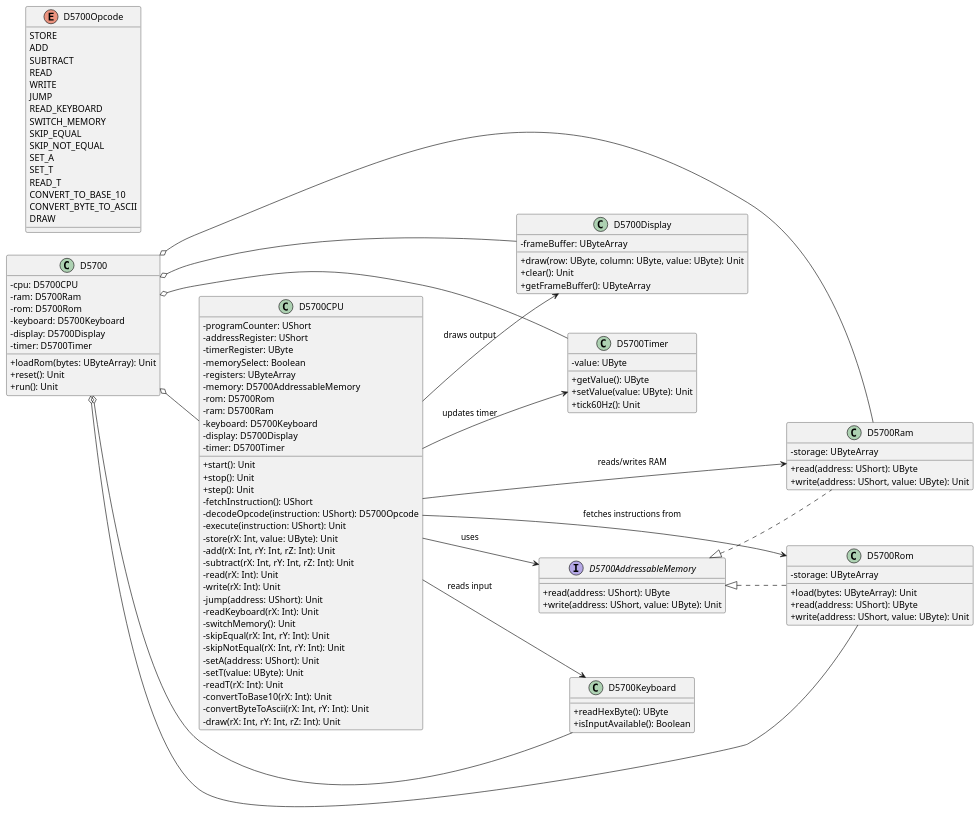
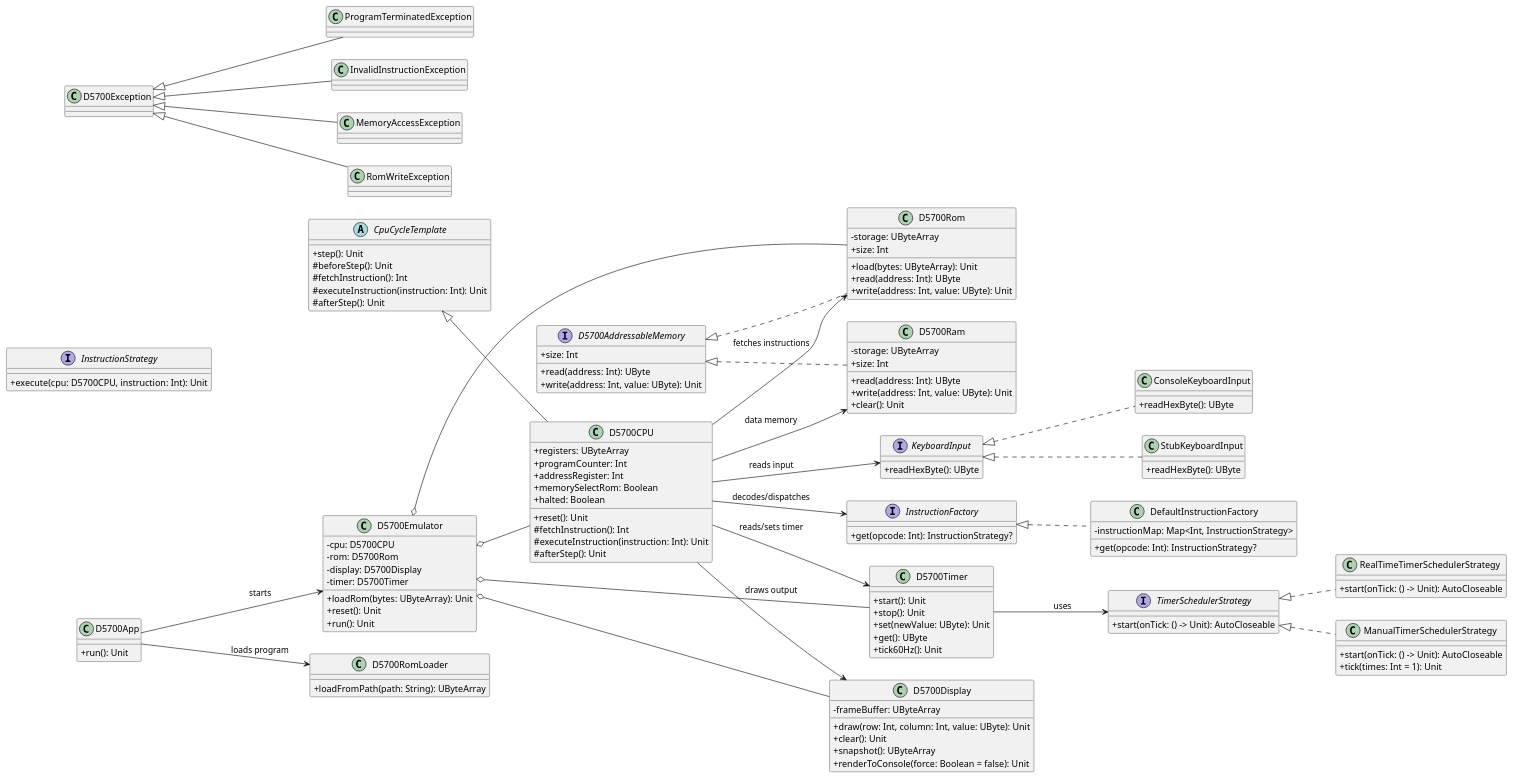
One commit to dmmecham/d5700-computer-emulator changed the diagram in d5700.puml. Above: the diagram before and after it, drawn with PlantUML. The commit also changed 14 other files, not shown here.

```diff
--- a/d5700.puml
+++ b/d5700.puml
@@ -1,125 +1,158 @@
 @startuml D5700-Computer-Emulator
 left to right direction
 skinparam classAttributeIconSize 0
 
-class D5700 {
+class D5700Emulator {
   -cpu: D5700CPU
-  -ram: D5700Ram
   -rom: D5700Rom
-  -keyboard: D5700Keyboard
   -display: D5700Display
   -timer: D5700Timer
   +loadRom(bytes: UByteArray): Unit
   +reset(): Unit
   +run(): Unit
 }
 
+class D5700App {
+  +run(): Unit
+}
+
+class D5700RomLoader {
+  +loadFromPath(path: String): UByteArray
+}
+
+abstract class CpuCycleTemplate {
+  +step(): Unit
+  #beforeStep(): Unit
+  #fetchInstruction(): Int
+  #executeInstruction(instruction: Int): Unit
+  #afterStep(): Unit
+}
+
+class D5700CPU {
+  +registers: UByteArray
+  +programCounter: Int
+  +addressRegister: Int
+  +memorySelectRom: Boolean
+  +halted: Boolean
+  +reset(): Unit
+  #fetchInstruction(): Int
+  #executeInstruction(instruction: Int): Unit
+  #afterStep(): Unit
+}
+
+interface InstructionFactory {
+  +get(opcode: Int): InstructionStrategy?
+}
+
+interface InstructionStrategy {
+  +execute(cpu: D5700CPU, instruction: Int): Unit
+}
+
+class DefaultInstructionFactory {
+  -instructionMap: Map<Int, InstructionStrategy>
+  +get(opcode: Int): InstructionStrategy?
+}
+
 interface D5700AddressableMemory {
-  +read(address: UShort): UByte
-  +write(address: UShort, value: UByte): Unit
+  +size: Int
+  +read(address: Int): UByte
+  +write(address: Int, value: UByte): Unit
 }
 
 class D5700Ram {
   -storage: UByteArray
-  +read(address: UShort): UByte
-  +write(address: UShort, value: UByte): Unit
+  +size: Int
+  +read(address: Int): UByte
+  +write(address: Int, value: UByte): Unit
+  +clear(): Unit
 }
 
 class D5700Rom {
   -storage: UByteArray
+  +size: Int
   +load(bytes: UByteArray): Unit
-  +read(address: UShort): UByte
-  +write(address: UShort, value: UByte): Unit
+  +read(address: Int): UByte
+  +write(address: Int, value: UByte): Unit
 }
 
-class D5700Keyboard {
+interface KeyboardInput {
   +readHexByte(): UByte
-  +isInputAvailable(): Boolean
+}
+
+class ConsoleKeyboardInput {
+  +readHexByte(): UByte
+}
+
+class StubKeyboardInput {
+  +readHexByte(): UByte
 }
 
 class D5700Display {
   -frameBuffer: UByteArray
-  +draw(row: UByte, column: UByte, value: UByte): Unit
+  +draw(row: Int, column: Int, value: UByte): Unit
   +clear(): Unit
-  +getFrameBuffer(): UByteArray
+  +snapshot(): UByteArray
+  +renderToConsole(force: Boolean = false): Unit
+}
+
+interface TimerSchedulerStrategy {
+  +start(onTick: () -> Unit): AutoCloseable
+}
+
+class RealTimeTimerSchedulerStrategy {
+  +start(onTick: () -> Unit): AutoCloseable
+}
+
+class ManualTimerSchedulerStrategy {
+  +start(onTick: () -> Unit): AutoCloseable
+  +tick(times: Int = 1): Unit
 }
 
 class D5700Timer {
-  -value: UByte
-  +getValue(): UByte
-  +setValue(value: UByte): Unit
+  +start(): Unit
+  +stop(): Unit
+  +set(newValue: UByte): Unit
+  +get(): UByte
   +tick60Hz(): Unit
 }
 
-class D5700CPU {
-  -programCounter: UShort
-  -addressRegister: UShort
-  -timerRegister: UByte
-  -memorySelect: Boolean
-  -registers: UByteArray
-  -memory: D5700AddressableMemory
-  -rom: D5700Rom
-  -ram: D5700Ram
-  -keyboard: D5700Keyboard
-  -display: D5700Display
-  -timer: D5700Timer
-  +start(): Unit
-  +stop(): Unit
-  +step(): Unit
-  -fetchInstruction(): UShort
-  -decodeOpcode(instruction: UShort): D5700Opcode
-  -execute(instruction: UShort): Unit
-  -store(rX: Int, value: UByte): Unit
-  -add(rX: Int, rY: Int, rZ: Int): Unit
-  -subtract(rX: Int, rY: Int, rZ: Int): Unit
-  -read(rX: Int): Unit
-  -write(rX: Int): Unit
-  -jump(address: UShort): Unit
-  -readKeyboard(rX: Int): Unit
-  -switchMemory(): Unit
-  -skipEqual(rX: Int, rY: Int): Unit
-  -skipNotEqual(rX: Int, rY: Int): Unit
-  -setA(address: UShort): Unit
-  -setT(value: UByte): Unit
-  -readT(rX: Int): Unit
-  -convertToBase10(rX: Int): Unit
-  -convertByteToAscii(rX: Int, rY: Int): Unit
-  -draw(rX: Int, rY: Int, rZ: Int): Unit
-}
+class D5700Exception
+class ProgramTerminatedException
+class InvalidInstructionException
+class MemoryAccessException
+class RomWriteException
 
-enum D5700Opcode {
-  STORE
-  ADD
-  SUBTRACT
-  READ
-  WRITE
-  JUMP
-  READ_KEYBOARD
-  SWITCH_MEMORY
-  SKIP_EQUAL
-  SKIP_NOT_EQUAL
-  SET_A
-  SET_T
-  READ_T
-  CONVERT_TO_BASE_10
-  CONVERT_BYTE_TO_ASCII
-  DRAW
-}
+D5700App --> D5700RomLoader : loads program
+D5700App --> D5700Emulator : starts
 
-D5700 o-- D5700CPU
-D5700 o-- D5700Ram
-D5700 o-- D5700Rom
-D5700 o-- D5700Keyboard
-D5700 o-- D5700Display
-D5700 o-- D5700Timer
+D5700Emulator o-- D5700CPU
+D5700Emulator o-- D5700Rom
+D5700Emulator o-- D5700Display
+D5700Emulator o-- D5700Timer
 
-D5700CPU --> D5700AddressableMemory : uses
-D5700CPU --> D5700Rom : fetches instructions from
-D5700CPU --> D5700Ram : reads/writes RAM
-D5700CPU --> D5700Keyboard : reads input
+CpuCycleTemplate <|-- D5700CPU
+
+D5700CPU --> D5700Rom : fetches instructions
+D5700CPU --> D5700Ram : data memory
+D5700CPU --> KeyboardInput : reads input
 D5700CPU --> D5700Display : draws output
-D5700CPU --> D5700Timer : updates timer
+D5700CPU --> D5700Timer : reads/sets timer
+D5700CPU --> InstructionFactory : decodes/dispatches
+
+InstructionFactory <|.. DefaultInstructionFactory
 
 D5700AddressableMemory <|.. D5700Ram
 D5700AddressableMemory <|.. D5700Rom
+
+KeyboardInput <|.. ConsoleKeyboardInput
+KeyboardInput <|.. StubKeyboardInput
+
+TimerSchedulerStrategy <|.. RealTimeTimerSchedulerStrategy
+TimerSchedulerStrategy <|.. ManualTimerSchedulerStrategy
+D5700Timer --> TimerSchedulerStrategy : uses
+
+D5700Exception <|-- ProgramTerminatedException
+D5700Exception <|-- InvalidInstructionException
+D5700Exception <|-- MemoryAccessException
+D5700Exception <|-- RomWriteException
 @enduml
```
